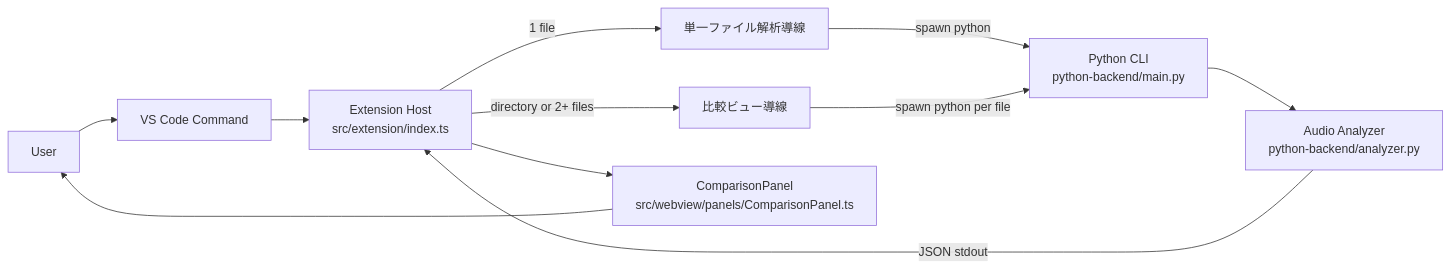
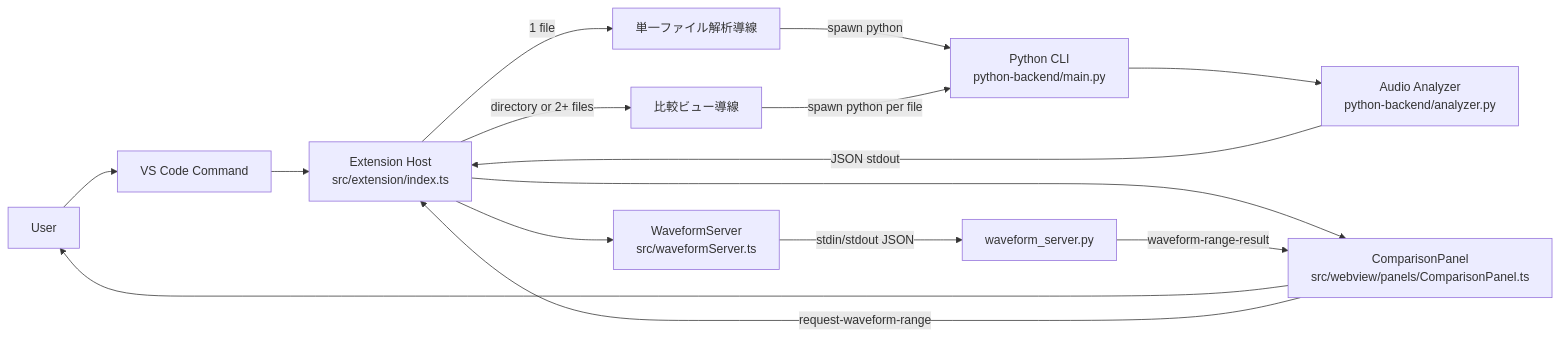
One commit to kasahart/audio-wandas-analyzer changed the first of 4 diagrams in docs/architecture.md. Above: the diagram before and after it, drawn with Mermaid. The commit also changed other lines of this file and 1 other file, not shown here.

Commit message:
docs: resolve stash conflict in architecture.md post reorg merge

````diff
--- a/docs/architecture.md
+++ b/docs/architecture.md
@@ -18,15 +20,20 @@
 ```mermaid
 flowchart LR
   User[User] --> Command[VS Code Command]
   Command --> Extension[Extension Host\nsrc/extension/index.ts]
 
   Extension -->|1 file| Single[単一ファイル解析導線]
   Extension -->|directory or 2+ files| Compare[比較ビュー導線]
 
   Single -->|spawn python| BackendCLI[Python CLI\npython-backend/main.py]
   Compare -->|spawn python per file| BackendCLI
   BackendCLI --> Analyzer[Audio Analyzer\npython-backend/analyzer.py]
   Analyzer -->|JSON stdout| Extension
   Extension --> Panel[ComparisonPanel\nsrc/webview/panels/ComparisonPanel.ts]
   Panel --> User
+
+  Panel -->|request-waveform-range| Extension
+  Extension --> WS[WaveformServer\nsrc/waveformServer.ts]
+  WS -->|stdin/stdout JSON| WSPy[waveform_server.py]
+  WSPy -->|waveform-range-result| Panel
 ```
````
